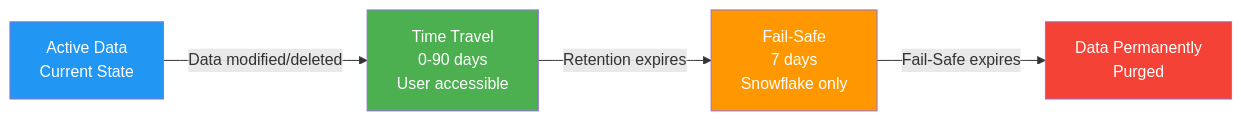
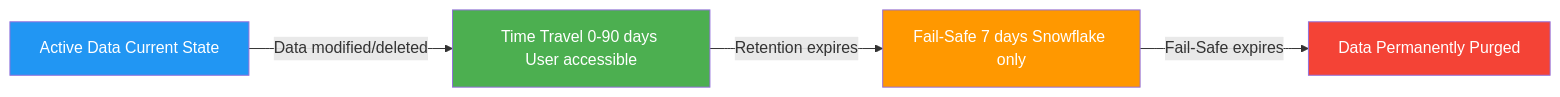
Before and after one commit to harishupadrasta/snowPro-Core: the diagram in 4_Performance_Optimization_Querying_and_Transformation/4.4_Time_Travel_and_Fail_Safe.md, drawn with Mermaid. The commit also changed 16 other files, not shown here.

First line of the commit message:
Fix mermaid diagrams: replace <br/> with spaces for GitHub rendering

````diff
--- a/4_Performance_Optimization_Querying_and_Transformation/4.4_Time_Travel_and_Fail_Safe.md
+++ b/4_Performance_Optimization_Querying_and_Transformation/4.4_Time_Travel_and_Fail_Safe.md
@@ -59,11 +59,11 @@
 ```mermaid
 graph LR
-    A[Active Data<br/>Current State] -->|Data modified/deleted| B[Time Travel<br/>0-90 days<br/>User accessible]
-    B -->|Retention expires| C[Fail-Safe<br/>7 days<br/>Snowflake only]
-    C -->|Fail-Safe expires| D[Data Permanently<br/>Purged]
+    A[Active Data Current State] -->|Data modified/deleted| B[Time Travel 0-90 days User accessible]
+    B -->|Retention expires| C[Fail-Safe 7 days Snowflake only]
+    C -->|Fail-Safe expires| D[Data Permanently Purged]
 
     style A fill:#2196F3,color:#fff
     style B fill:#4CAF50,color:#fff
     style C fill:#FF9800,color:#fff
     style D fill:#F44336,color:#fff
 ```
````
